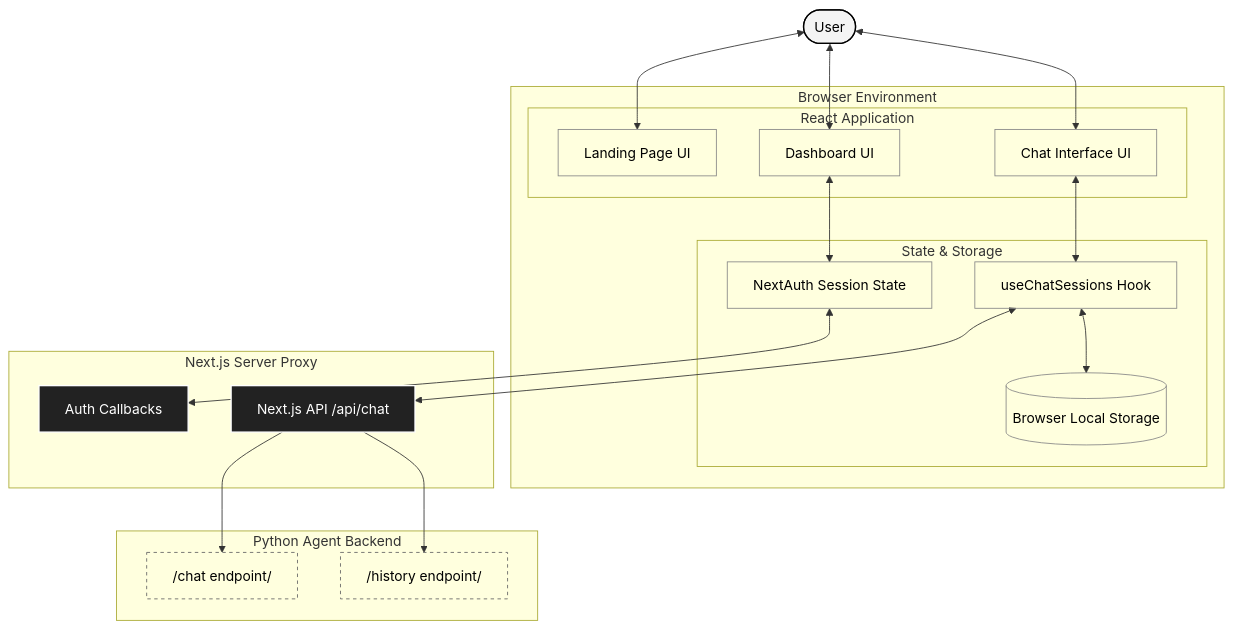
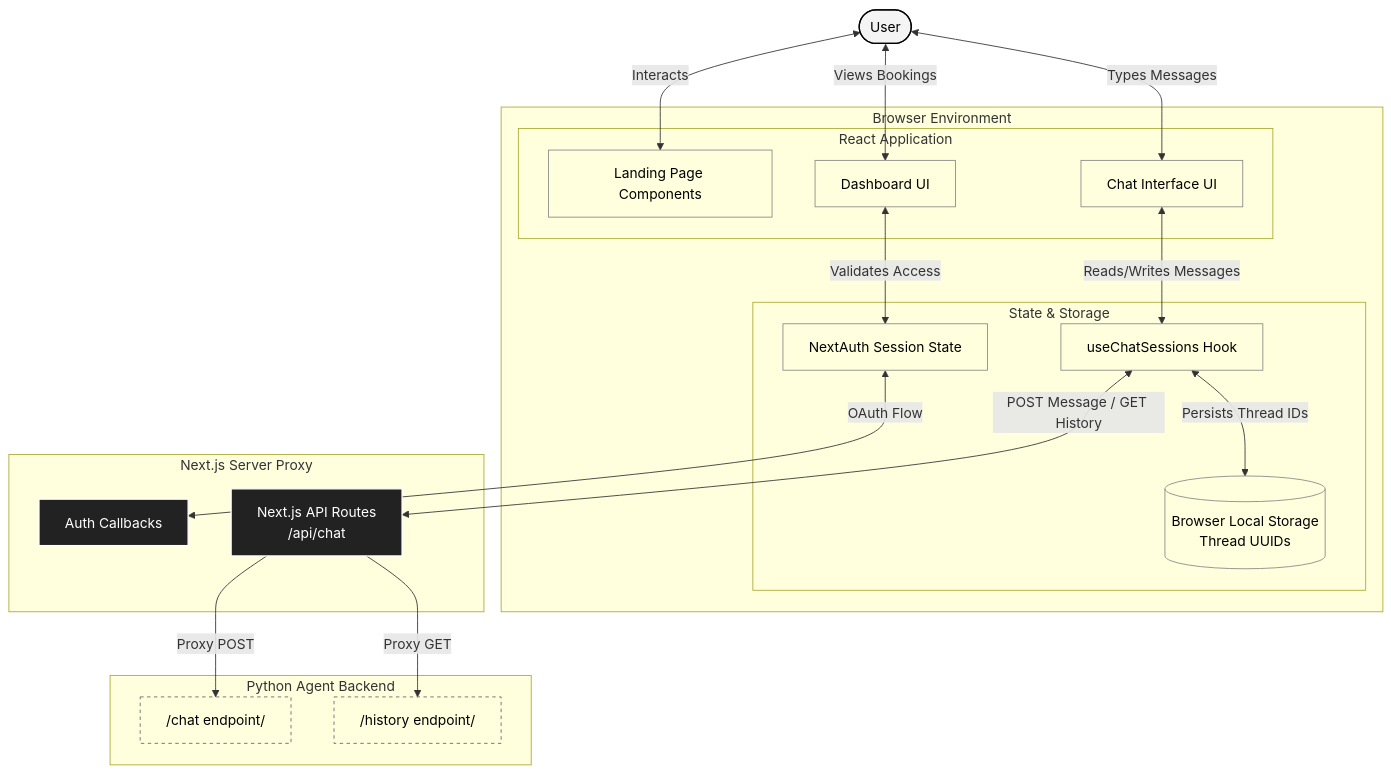
Before and after one commit to MRIARC-08/lakshya-scheduling: the diagram in frontend/README.md, drawn with Mermaid. The commit also changed 3 other files, not shown here.

Commit message:
docs: restore detailed depth and arrow labels to diagrams while maintaining sharp aesthetic styling

````diff
--- a/frontend/README.md
+++ b/frontend/README.md
@@ -17,49 +17,49 @@
 ```mermaid
 graph TD
     %% Styling for a sleek, sharp aesthetic
     classDef default fill:transparent,stroke:#888,stroke-width:1px,color:inherit,rx:0,ry:0;
     classDef client fill:#f4f4f4,stroke:#000,stroke-width:1.5px,color:#000,rx:0,ry:0;
     classDef proxy fill:#222,stroke:#fff,stroke-width:1.5px,color:#fff,rx:0,ry:0;
     classDef external fill:transparent,stroke:#666,stroke-width:1px,stroke-dasharray: 4 4,rx:0,ry:0;
 
     %% User and UI Layer
     User(["User"]):::client
     
     subgraph BrowserEnvironment [Browser Environment]
         subgraph ReactApp [React Application]
-            Hero["Landing Page UI"]:::default
+            Hero["Landing Page Components"]:::default
             ChatUI["Chat Interface UI"]:::default
             Dash["Dashboard UI"]:::default
         end
         
         subgraph StateManagement [State & Storage]
             SessionAuth["NextAuth Session State"]:::default
             ChatHook["useChatSessions Hook"]:::default
-            LocalStorage[("Browser Local Storage")]:::default
+            LocalStorage[("Browser Local Storage<br/>Thread UUIDs")]:::default
         end
     end
     
     subgraph NextServer [Next.js Server Proxy]
         AuthRoute["Auth Callbacks"]:::proxy
-        APIRoutes["Next.js API /api/chat"]:::proxy
+        APIRoutes["Next.js API Routes<br/>/api/chat"]:::proxy
     end
     
     subgraph ExternalBackend [Python Agent Backend]
         AgentChat["/chat endpoint/"]:::external
         AgentHistory["/history endpoint/"]:::external
     end
     
-    User <--> Hero
-    User <--> ChatUI
-    User <--> Dash
+    User <-->|Interacts| Hero
+    User <-->|Types Messages| ChatUI
+    User <-->|Views Bookings| Dash
     
-    ChatUI <--> ChatHook
-    Dash <--> SessionAuth
+    ChatUI <-->|Reads/Writes Messages| ChatHook
+    Dash <-->|Validates Access| SessionAuth
     
-    ChatHook <--> LocalStorage
-    ChatHook <--> APIRoutes
-    SessionAuth <--> AuthRoute
+    ChatHook <-->|Persists Thread IDs| LocalStorage
+    ChatHook <-->|POST Message / GET History| APIRoutes
+    SessionAuth <-->|OAuth Flow| AuthRoute
     
-    APIRoutes --> AgentChat
-    APIRoutes --> AgentHistory
+    APIRoutes -->|Proxy POST| AgentChat
+    APIRoutes -->|Proxy GET| AgentHistory
 ```
````
